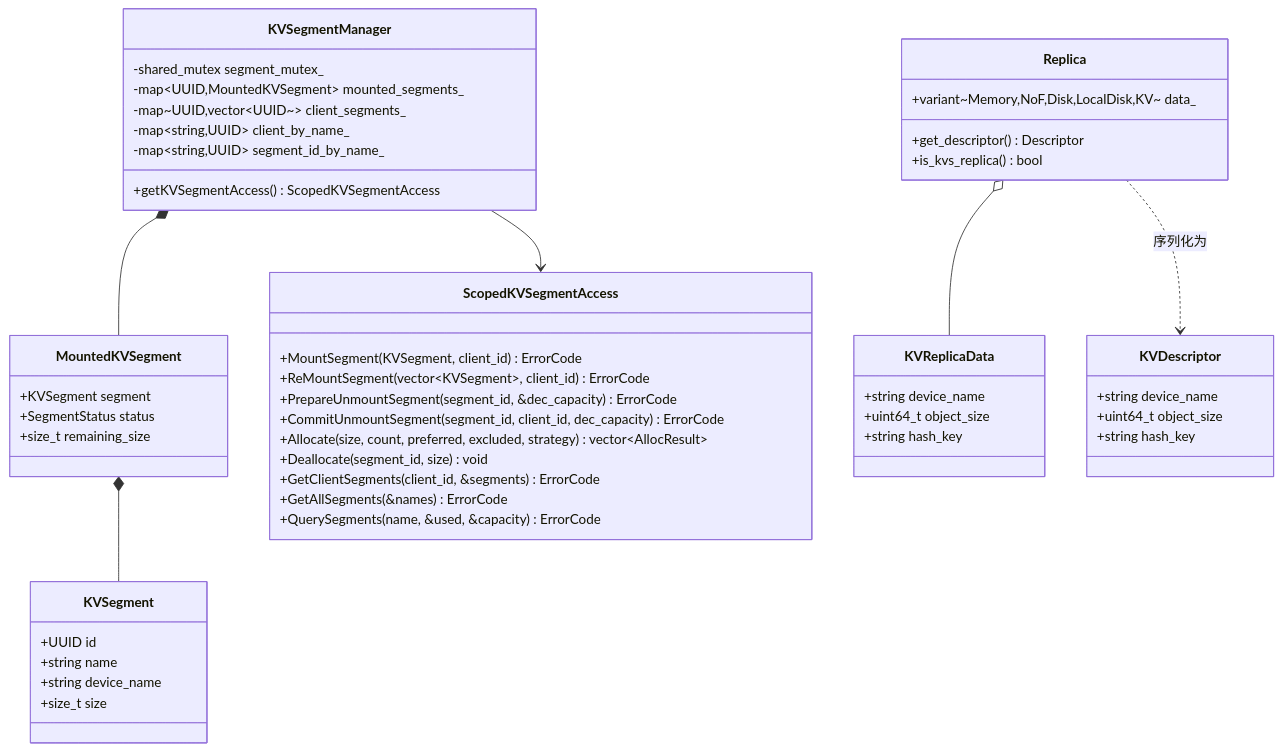
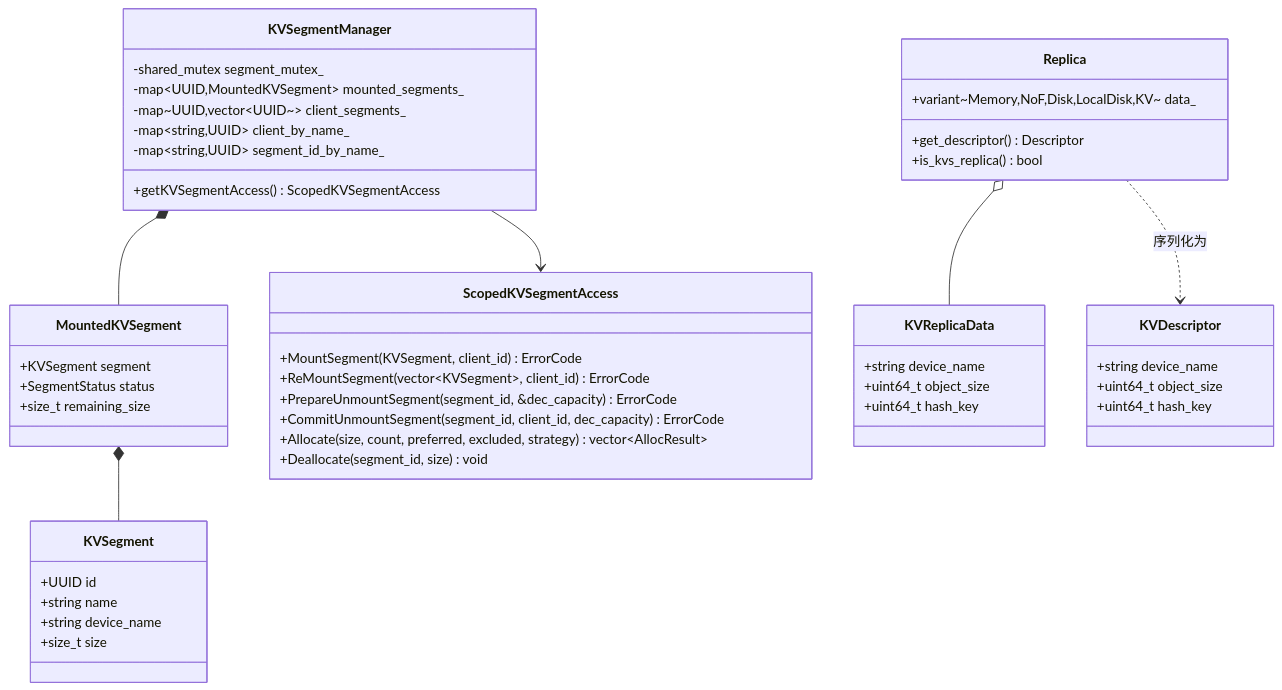
The third of 12 diagrams in mooncake-store/docs/KVUSegment_design.md (yz53665/Mooncake), drawn with Mermaid before and after one commit. The commit also changed other lines of this file, not shown here.

````diff
--- a/mooncake-store/docs/KVUSegment_design.md
+++ b/mooncake-store/docs/KVUSegment_design.md
@@ -70,62 +63,59 @@
 ```mermaid
 classDiagram
     direction TB
 
     class KVSegment {
         +UUID id
         +string name
         +string device_name
         +size_t size
     }
 
     class MountedKVSegment {
         +KVSegment segment
         +SegmentStatus status
         +size_t remaining_size
     }
 
     class KVSegmentManager {
         -shared_mutex segment_mutex_
         -map~UUID,MountedKVSegment~ mounted_segments_
         -map~UUID,vector~UUID~~ client_segments_
         -map~string,UUID~ client_by_name_
         -map~string,UUID~ segment_id_by_name_
         +getKVSegmentAccess() ScopedKVSegmentAccess
     }
 
     class ScopedKVSegmentAccess {
         +MountSegment(KVSegment, client_id) ErrorCode
         +ReMountSegment(vector~KVSegment~, client_id) ErrorCode
         +PrepareUnmountSegment(segment_id, &dec_capacity) ErrorCode
         +CommitUnmountSegment(segment_id, client_id, dec_capacity) ErrorCode
         +Allocate(size, count, preferred, excluded, strategy) vector~AllocResult~
         +Deallocate(segment_id, size) void
-        +GetClientSegments(client_id, &segments) ErrorCode
-        +GetAllSegments(&names) ErrorCode
-        +QuerySegments(name, &used, &capacity) ErrorCode
     }
 
     class KVReplicaData {
         +string device_name
         +uint64_t object_size
-        +string hash_key
+        +uint64_t hash_key
     }
 
     class KVDescriptor {
         +string device_name
         +uint64_t object_size
-        +string hash_key
+        +uint64_t hash_key
     }
 
     class Replica {
         +variant~Memory,NoF,Disk,LocalDisk,KV~ data_
         +get_descriptor() Descriptor
         +is_kvs_replica() bool
     }
 
     KVSegmentManager *-- MountedKVSegment
     MountedKVSegment *-- KVSegment
     KVSegmentManager --> ScopedKVSegmentAccess
     Replica o-- KVReplicaData
     Replica ..> KVDescriptor : 序列化为
 ```
````
